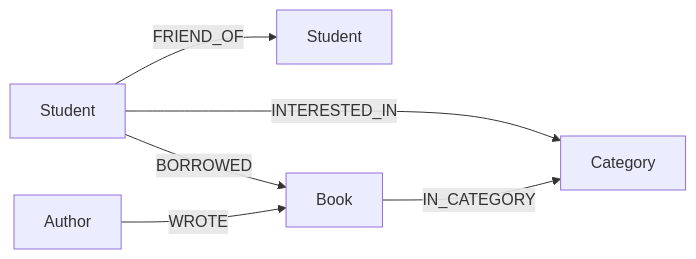
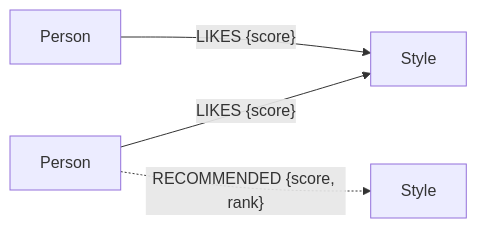
One commit to zheza13102542-oss/tee changed the second of 2 diagrams in docs/PROJECT_GUIDE_TH.md. Above: the diagram before and after it, drawn with Mermaid. The commit also changed other lines of this file and 7 other files, not shown here.

````diff
--- a/docs/PROJECT_GUIDE_TH.md
+++ b/docs/PROJECT_GUIDE_TH.md
@@ -43,8 +37,6 @@
 ```mermaid
 graph LR
-    S1[Student] -- FRIEND_OF --> S2[Student]
-    S1 -- BORROWED --> B[Book]
-    S1 -- INTERESTED_IN --> C[Category]
-    B -- IN_CATEGORY --> C
-    A[Author] -- WROTE --> B
+    P1[Person] -- "LIKES {score}" --> H[Style]
+    P2[Person] -- "LIKES {score}" --> H
+    P1 -. "RECOMMENDED {score, rank}" .-> H2[Style]
 ```
````
